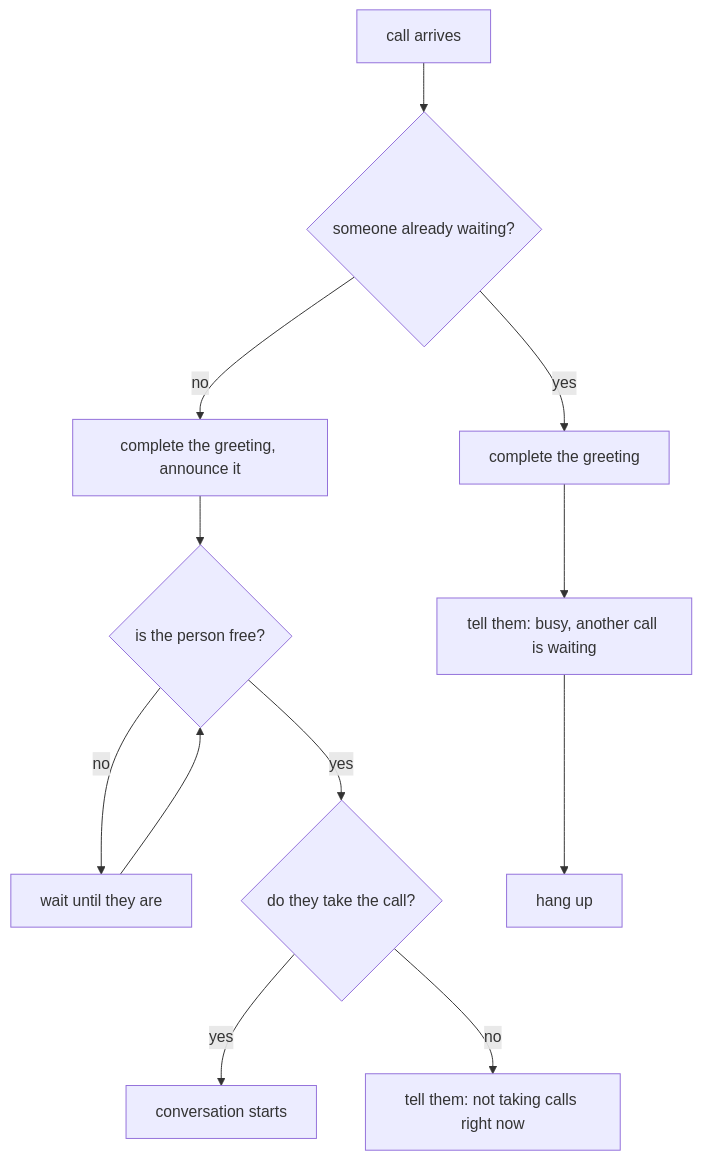
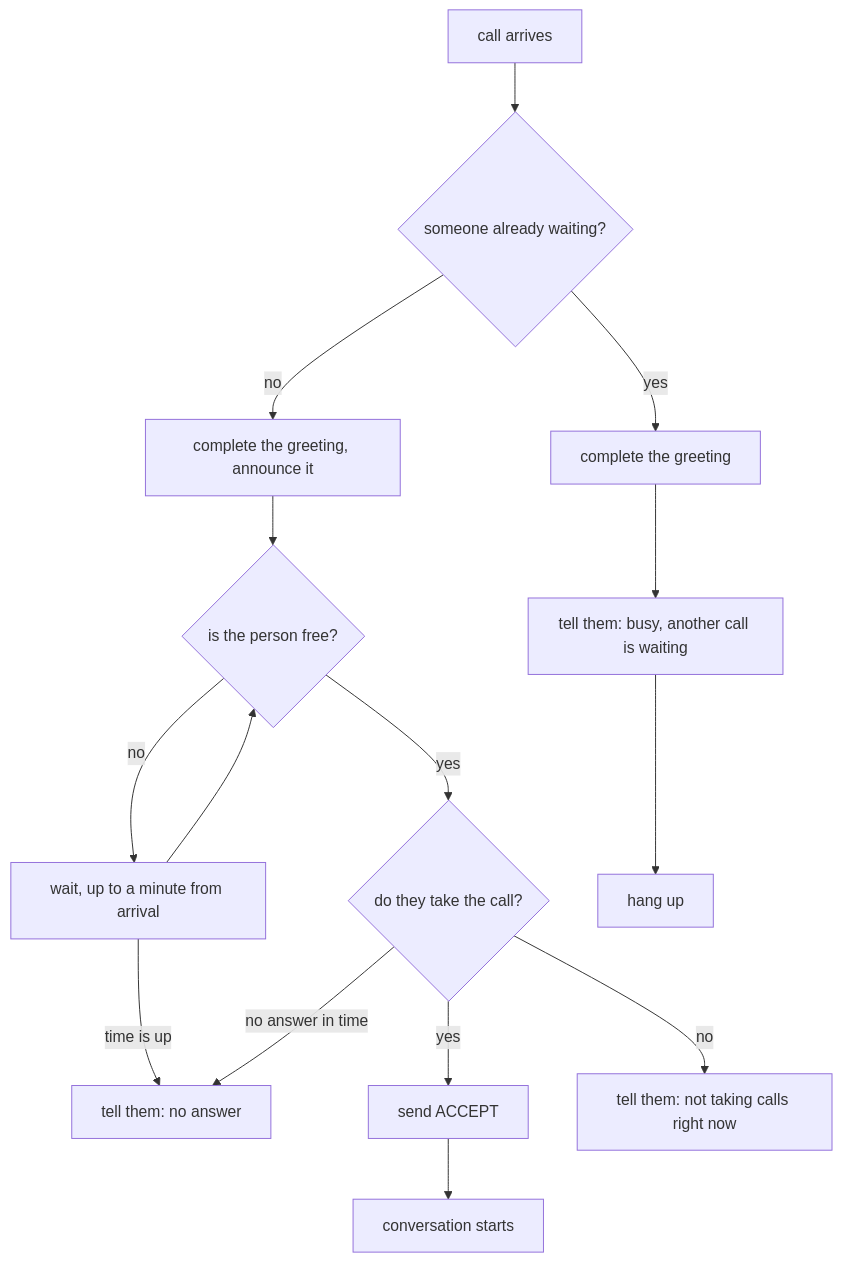
Before and after one commit to Serajian/homa: the second of 6 diagrams in README.md, drawn with Mermaid. The commit also changed other lines of this file and 15 other files, not shown here.

````diff
--- a/README.md
+++ b/README.md
@@ -195,14 +204,17 @@
 ```mermaid
 flowchart TD
     A[call arrives] --> B{someone already waiting?}
     B -- no --> C[complete the greeting, announce it]
     C --> D{is the person free?}
-    D -- no --> I[wait until they are]
+    D -- no --> I[wait, up to a minute from arrival]
     I --> D
+    I -- time is up --> L["tell them: no answer"]
     D -- yes --> J{do they take the call?}
-    J -- yes --> E[conversation starts]
+    J -- yes --> M[send ACCEPT]
+    M --> E[conversation starts]
     J -- no --> K["tell them: not taking calls right now"]
+    J -- no answer in time --> L
     B -- yes --> F[complete the greeting]
     F --> G["tell them: busy, another call is waiting"]
     G --> H[hang up]
 ```
````
